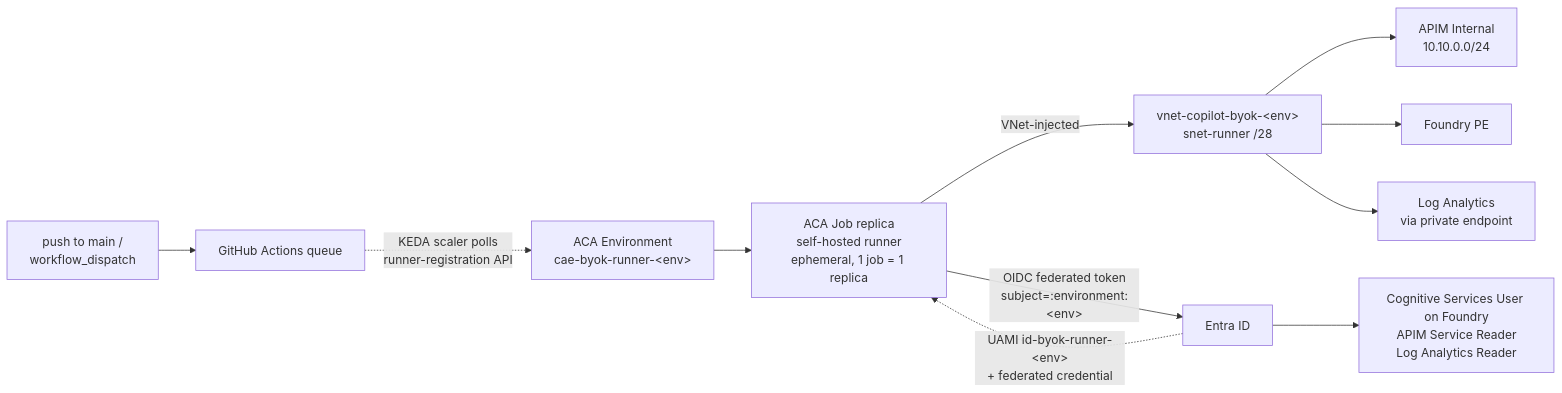
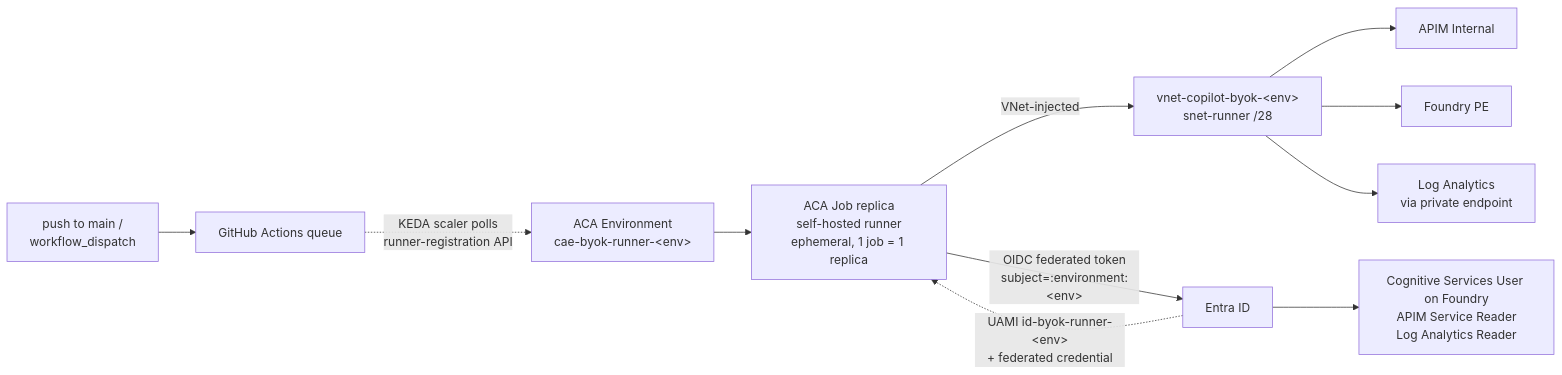
One commit to gwexler-msft/copilot-cli-byok-azure changed the second of 3 diagrams in docs/cicd.md. Above: the diagram before and after it, drawn with Mermaid. The commit also changed other lines of this file and 218 other files, not shown here.

````diff
--- a/docs/cicd.md
+++ b/docs/cicd.md
@@ -231,13 +231,13 @@
 ```mermaid
 flowchart LR
     Push[push to main /<br/>workflow_dispatch] --> GH[GitHub Actions queue]
     GH -.->|KEDA scaler polls<br/>runner-registration API| ACAEnv[ACA Environment<br/>cae-byok-runner-&lt;env&gt;]
     ACAEnv --> Job[ACA Job replica<br/>self-hosted runner<br/>ephemeral, 1 job = 1 replica]
     Job -->|VNet-injected| VNET[vnet-copilot-byok-&lt;env&gt;<br/>snet-runner /28]
-    VNET --> APIM[APIM Internal<br/>10.10.0.0/24]
+    VNET --> APIM[APIM Internal<br/><CIDR>]
     VNET --> FND[Foundry PE]
     VNET --> LA[Log Analytics<br/>via private endpoint]
     Job -->|OIDC federated token<br/>subject=:environment:&lt;env&gt;| AAD[Entra ID]
     AAD -.->|UAMI id-byok-runner-&lt;env&gt;<br/>+ federated credential| Job
     AAD --> RBAC[Cognitive Services User on Foundry<br/>APIM Service Reader<br/>Log Analytics Reader]
 ```
````
